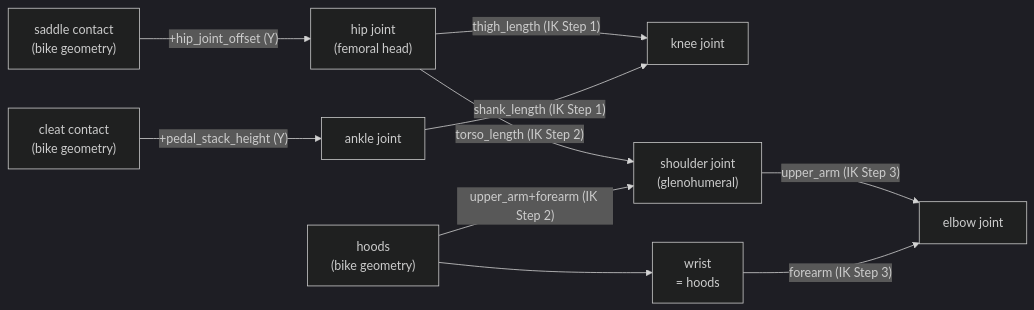
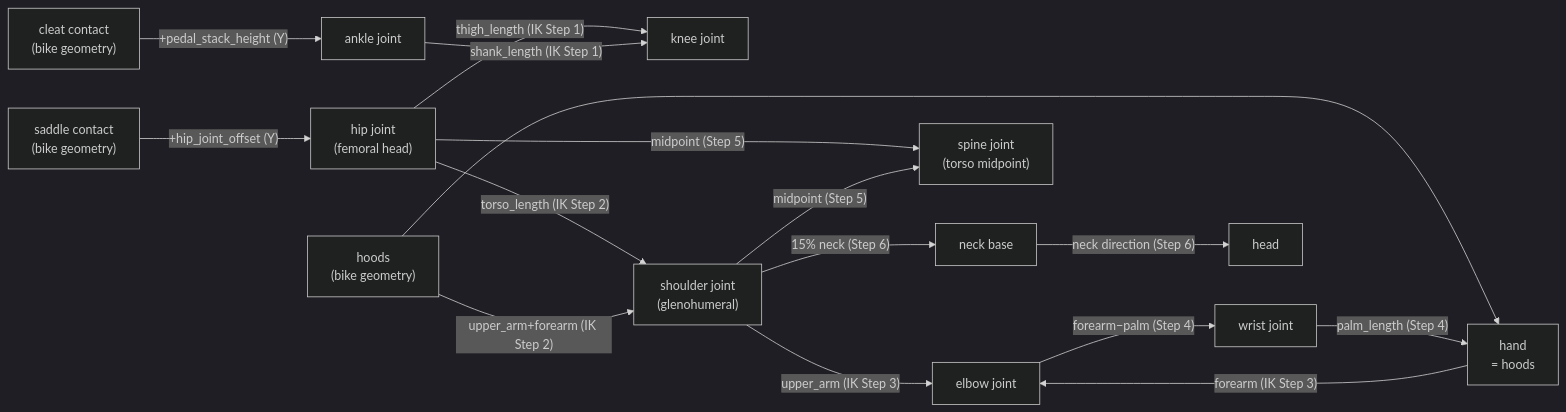
One commit to t0b1n/flowfit changed the first of 2 diagrams in MANNEQUIN.md. Above: the diagram before and after it, drawn with Mermaid (dark theme). The commit also changed other lines of this file and 17 other files, not shown here.

````diff
--- a/MANNEQUIN.md
+++ b/MANNEQUIN.md
@@ -64,26 +79,38 @@
 ```mermaid
 graph LR
     saddle["saddle contact\n(bike geometry)"]
     cleat["cleat contact\n(bike geometry)"]
     hoods["hoods\n(bike geometry)"]
 
     hip["hip joint\n(femoral head)"]
     knee["knee joint"]
     ankle["ankle joint"]
     shoulder["shoulder joint\n(glenohumeral)"]
     elbow["elbow joint"]
-    wrist["wrist\n= hoods"]
+    wrist["wrist joint"]
+    hand["hand\n= hoods"]
+    spine["spine joint\n(torso midpoint)"]
+    neckBase["neck base"]
+    head["head"]
 
     saddle -- "+hip_joint_offset (Y)" --> hip
     cleat -- "+pedal_stack_height (Y)" --> ankle
-    hoods --> wrist
+    hoods --> hand
 
     hip -- "thigh_length (IK Step 1)" --> knee
     ankle -- "shank_length (IK Step 1)" --> knee
 
     hip -- "torso_length (IK Step 2)" --> shoulder
     hoods -- "upper_arm+forearm (IK Step 2)" --> shoulder
 
     shoulder -- "upper_arm (IK Step 3)" --> elbow
-    wrist -- "forearm (IK Step 3)" --> elbow
+    hand -- "forearm (IK Step 3)" --> elbow
+    elbow -- "forearm−palm (Step 4)" --> wrist
+    wrist -- "palm_length (Step 4)" --> hand
+
+    hip -- "midpoint (Step 5)" --> spine
+    shoulder -- "midpoint (Step 5)" --> spine
+
+    shoulder -- "15% neck (Step 6)" --> neckBase
+    neckBase -- "neck direction (Step 6)" --> head
 ```
````
